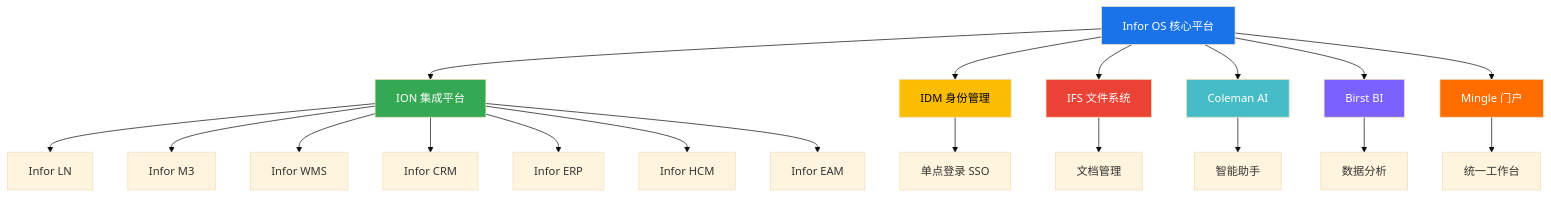
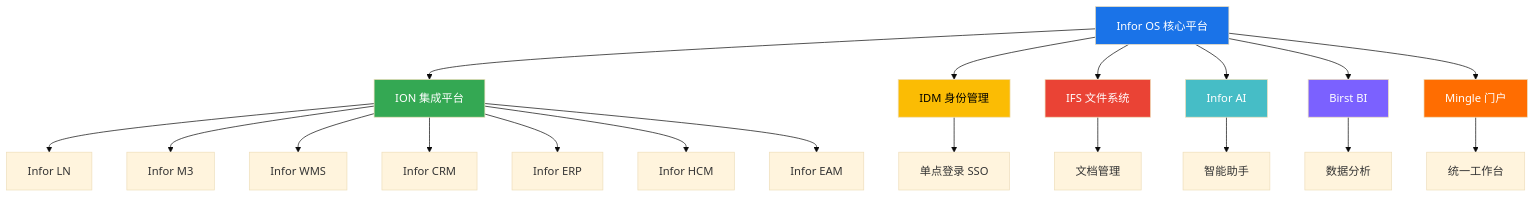
Before and after one commit to cuiwenyuan/infor-ecosystem-open-resources: the first of 9 diagrams in docs/ecosystem/index.md, drawn with Mermaid (base theme). The commit also changed other lines of this file and 39 other files, not shown here.

````diff
--- a/docs/ecosystem/index.md
+++ b/docs/ecosystem/index.md
@@ -16,31 +16,31 @@
 ```mermaid
 graph TB
     A[Infor OS 核心平台] --> B[ION 集成平台]
     A --> C[IDM 身份管理]
     A --> D[IFS 文件系统]
-    A --> E[Coleman AI]
+    A --> E[Infor AI]
     A --> F[Birst BI]
     A --> G[Mingle 门户]
     
     B --> H[Infor LN]
     B --> I[Infor M3]
     B --> J[Infor WMS]
     B --> K[Infor CRM]
     B --> L[Infor ERP]
     B --> M[Infor HCM]
     B --> N[Infor EAM]
     
     C --> O[单点登录 SSO]
     D --> P[文档管理]
     E --> Q[智能助手]
     F --> R[数据分析]
     G --> S[统一工作台]
     
     style A fill:#1a73e8,color:#fff
     style B fill:#34a853,color:#fff
     style C fill:#fbbc04,color:#000
     style D fill:#ea4335,color:#fff
     style E fill:#46bdc6,color:#fff
     style F fill:#7b61ff,color:#fff
     style G fill:#ff6d01,color:#fff
 ```
````
